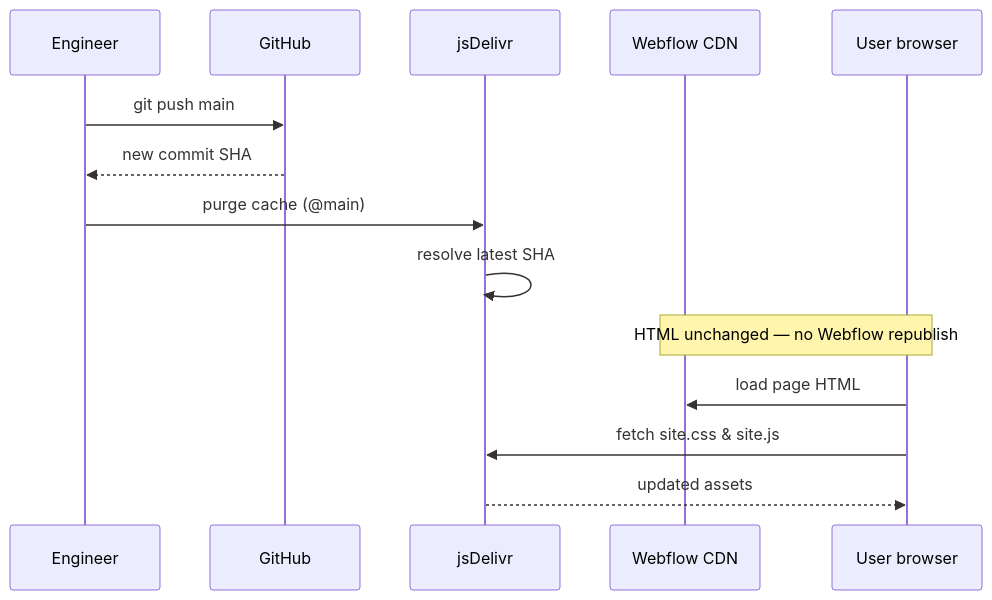
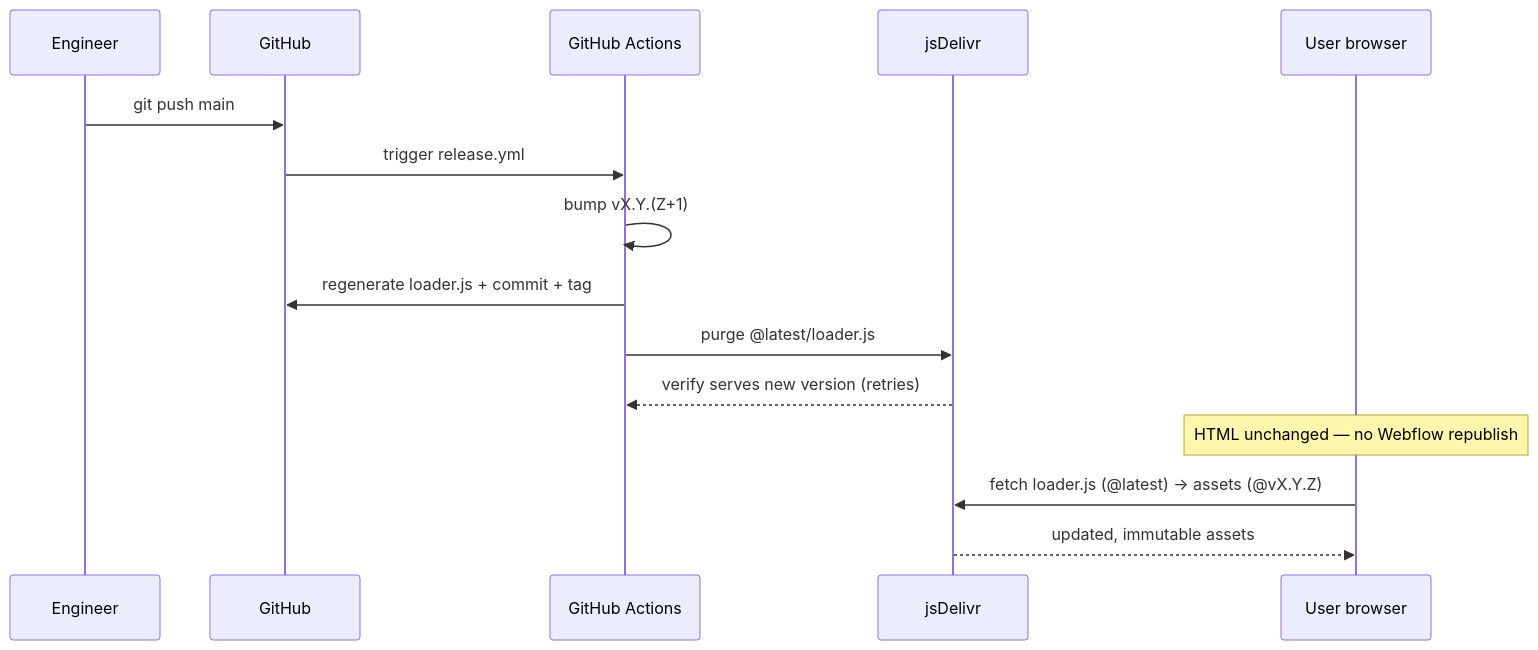
Before and after one commit to karenrebecag/Portfolio2026: the second of 2 diagrams in apps/web/src/content/projects/atom-webflow-en.md, drawn with Mermaid. The commit also changed other lines of this file and 2 other files, not shown here.

First line of the commit message:
content(article): rewrite webflow-in-production CDN/CI section and anonymize client

````diff
--- a/apps/web/src/content/projects/atom-webflow-en.md
+++ b/apps/web/src/content/projects/atom-webflow-en.md
@@ -133,17 +138,18 @@
-```mermaid Deploy pipeline
+```mermaid Deploy pipeline (CI-driven)
 sequenceDiagram
   participant Eng as Engineer
   participant GH as GitHub
+  participant CI as GitHub Actions
   participant JD as jsDelivr
-  participant WF as Webflow CDN
   participant Browser as User browser
 
   Eng->>GH: git push main
-  GH-->>Eng: new commit SHA
-  Eng->>JD: purge cache (@main)
-  JD->>JD: resolve latest SHA
-  Note over WF,Browser: HTML unchanged — no Webflow republish
-  Browser->>WF: load page HTML
-  Browser->>JD: fetch site.css & site.js
-  JD-->>Browser: updated assets
+  GH->>CI: trigger release.yml
+  CI->>CI: bump vX.Y.(Z+1)
+  CI->>GH: regenerate loader.js + commit + tag
+  CI->>JD: purge @latest/loader.js
+  JD-->>CI: verify serves new version (retries)
+  Note over Browser: HTML unchanged — no Webflow republish
+  Browser->>JD: fetch loader.js (@latest) → assets (@vX.Y.Z)
+  JD-->>Browser: updated, immutable assets
 ```
````
